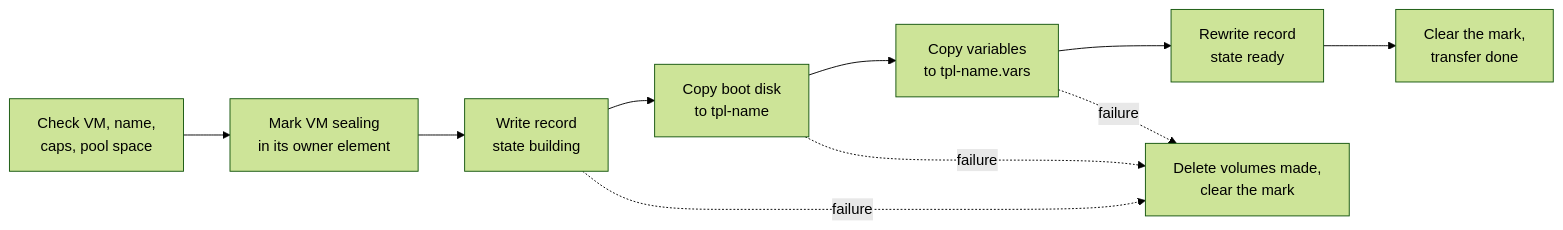
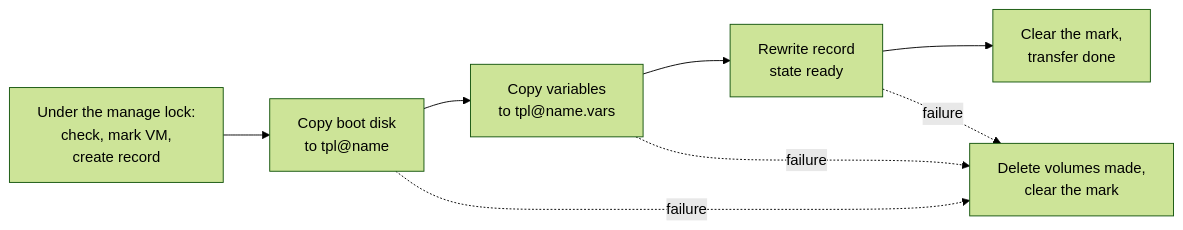
Before and after one commit to jonatsu/virt-manager-mcp: the diagram in docs/plans/custom-templates-design.md, drawn with Mermaid (forest theme). The commit also changed other lines of this file, not shown here.

````diff
--- a/docs/plans/custom-templates-design.md
+++ b/docs/plans/custom-templates-design.md
@@ -75,12 +88,10 @@
 ```mermaid
 flowchart LR
-  A[Check VM, name,<br/>caps, pool space] --> B[Mark VM sealing<br/>in its owner element]
-  B --> C[Write record<br/>state building]
-  C --> D[Copy boot disk<br/>to tpl-name]
-  D --> E[Copy variables<br/>to tpl-name.vars]
-  E --> F[Rewrite record<br/>state ready]
-  F --> G[Clear the mark,<br/>transfer done]
-  C -. failure .-> X[Delete volumes made,<br/>clear the mark]
+  A[Under the manage lock:<br/>check, mark VM,<br/>create record] --> B[Copy boot disk<br/>to tpl@name]
+  B --> C[Copy variables<br/>to tpl@name.vars]
+  C --> D[Rewrite record<br/>state ready]
+  D --> E[Clear the mark,<br/>transfer done]
+  B -. failure .-> X[Delete volumes made,<br/>clear the mark]
+  C -. failure .-> X
   D -. failure .-> X
-  E -. failure .-> X
 ```
````
